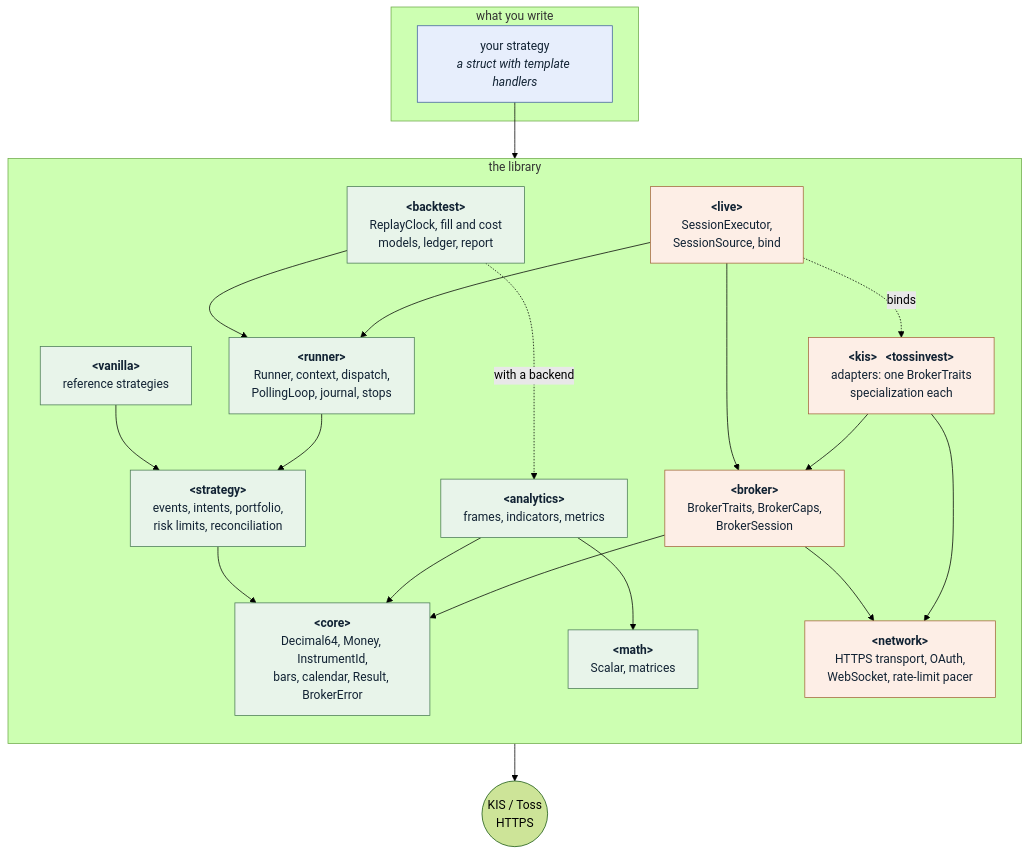
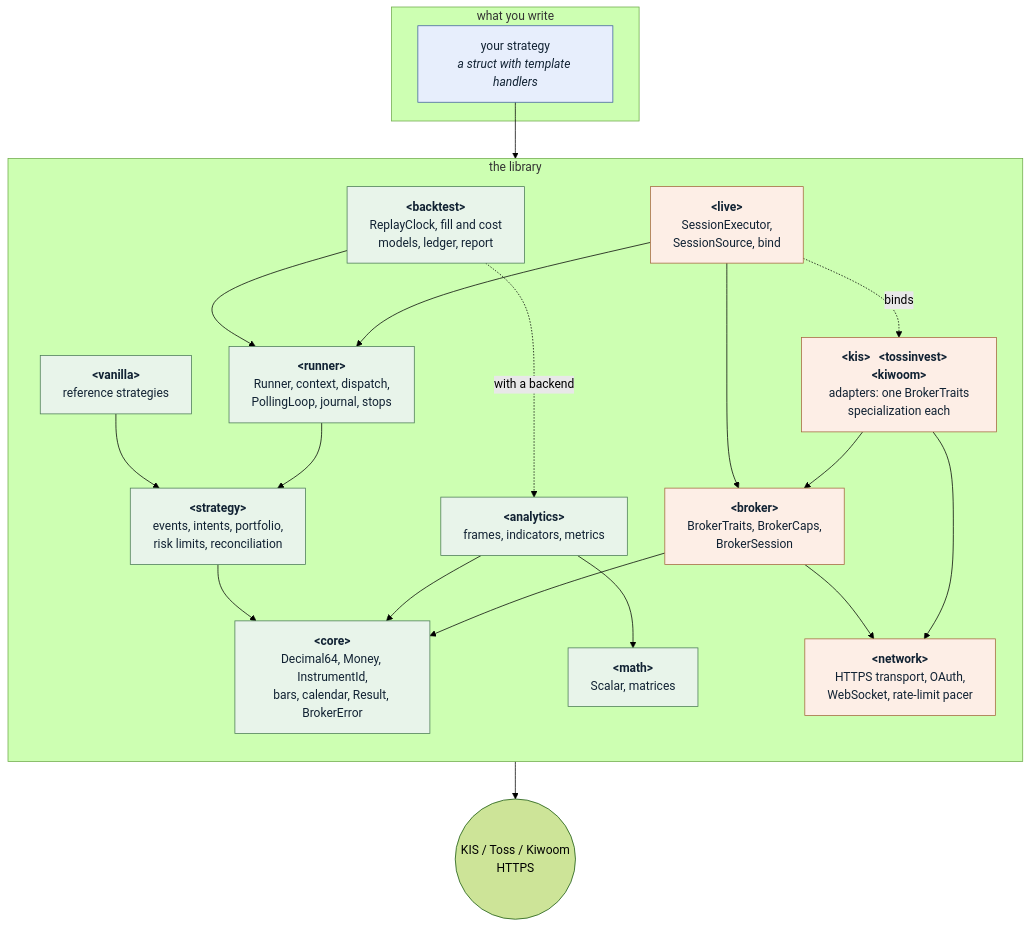
One commit to algotradelib/algotradelib changed the first of 5 diagrams in doxygen/vignettes/architecture.md. Above: the diagram before and after it, drawn with Mermaid (forest theme). The commit also changed 3 other files, not shown here.

````diff
--- a/doxygen/vignettes/architecture.md
+++ b/doxygen/vignettes/architecture.md
@@ -14,47 +14,47 @@
 ```mermaid
 graph TD
   subgraph W["what you write"]
     S["your strategy<br/><i>a struct with template handlers</i>"]
   end
 
   subgraph L["the library"]
     direction TB
     V["<b>&lt;vanilla&gt;</b><br/>reference strategies"]
     ST["<b>&lt;strategy&gt;</b><br/>events, intents, portfolio,<br/>risk limits, reconciliation"]
     RU["<b>&lt;runner&gt;</b><br/>Runner, context, dispatch,<br/>PollingLoop, journal, stops"]
     BT["<b>&lt;backtest&gt;</b><br/>ReplayClock, fill and cost<br/>models, ledger, report"]
     LV["<b>&lt;live&gt;</b><br/>SessionExecutor,<br/>SessionSource, bind"]
     AN["<b>&lt;analytics&gt;</b><br/>frames, indicators, metrics"]
     MA["<b>&lt;math&gt;</b><br/>Scalar, matrices"]
     BR["<b>&lt;broker&gt;</b><br/>BrokerTraits, BrokerCaps,<br/>BrokerSession"]
     CO["<b>&lt;core&gt;</b><br/>Decimal64, Money, InstrumentId,<br/>bars, calendar, Result, BrokerError"]
     NW["<b>&lt;network&gt;</b><br/>HTTPS transport, OAuth,<br/>WebSocket, rate-limit pacer"]
-    KT["<b>&lt;kis&gt;</b> &nbsp; <b>&lt;tossinvest&gt;</b><br/>adapters: one BrokerTraits<br/>specialization each"]
+    KT["<b>&lt;kis&gt;</b> &nbsp; <b>&lt;tossinvest&gt;</b> &nbsp; <b>&lt;kiwoom&gt;</b><br/>adapters: one BrokerTraits<br/>specialization each"]
   end
 
-  X(("KIS / Toss<br/>HTTPS"))
+  X(("KIS / Toss / Kiwoom<br/>HTTPS"))
 
   S --> ST
   V --> ST
   ST --> CO
   RU --> ST
   BT --> RU
   BT -. "with a backend" .-> AN
   LV --> RU
   LV --> BR
   AN --> MA
   AN --> CO
   BR --> CO
   BR --> NW
   KT --> BR
   KT --> NW
   LV -.binds.-> KT
   NW --> X
 
   classDef pure fill:#e8f4ea,stroke:#4a7a55,color:#123
   classDef io fill:#fdeee6,stroke:#a4663c,color:#123
   classDef you fill:#e7eefc,stroke:#3f5f9e,color:#123
   class S you
   class V,ST,RU,BT,AN,MA,CO pure
   class BR,NW,KT,LV io
 ```
````
